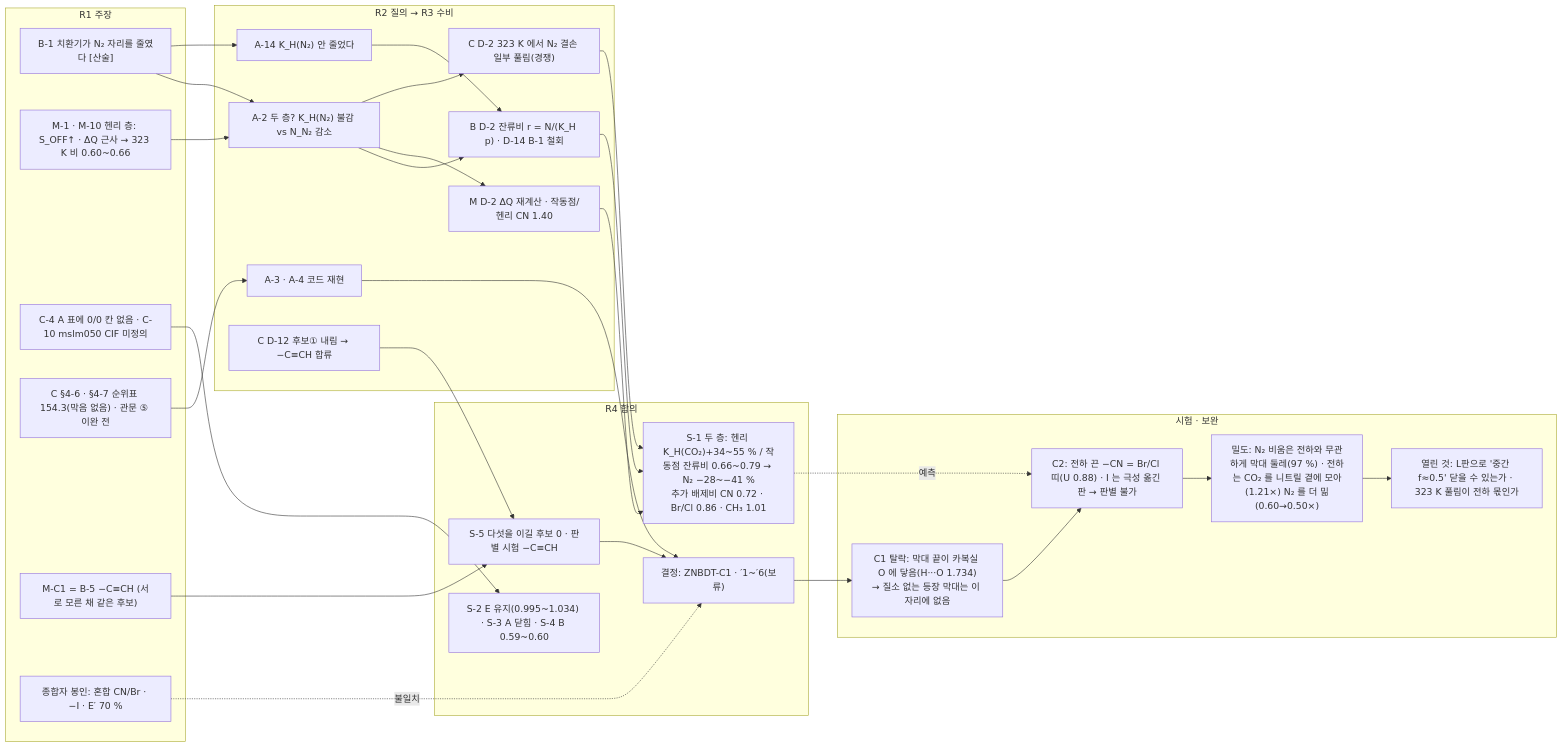
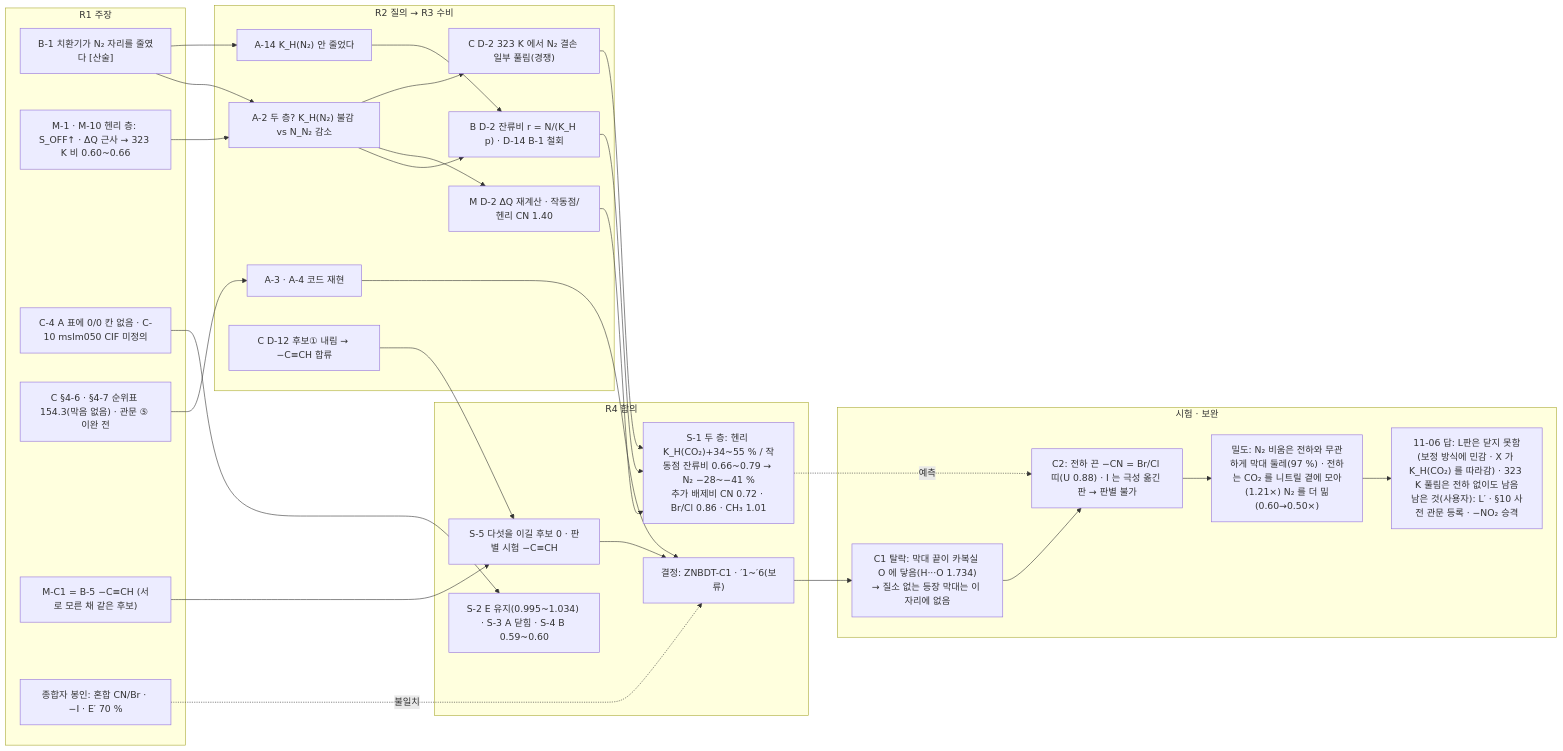
The second of 2 diagrams in 21_ZIF69_MTV/MAGI/MAGI-007_obsidian/graph/FLOW.md (mangwon3-commits/Czero_mtv_mof), drawn with Mermaid before and after one commit. The commit also changed other lines of this file and 10 other files, not shown here.

````diff
--- a/21_ZIF69_MTV/MAGI/MAGI-007_obsidian/graph/FLOW.md
+++ b/21_ZIF69_MTV/MAGI/MAGI-007_obsidian/graph/FLOW.md
@@ -43,43 +43,43 @@
 ```mermaid
 flowchart LR
   subgraph R1 ["R1 주장"]
     B1["B-1 치환기가 N₂ 자리를 줄였다 [산술]"]
     M1["M-1 · M-10 헨리 층: S_OFF↑ · ΔQ 근사 → 323 K 비 0.60~0.66"]
     C1a["C-4 A 표에 0/0 칸 없음 · C-10 mslm050 CIF 미정의"]
     C3["C §4-6 · §4-7 순위표 154.3(막음 없음) · 관문 ⑤ 이완 전"]
     MC1["M-C1 = B-5 −C≡CH (서로 모른 채 같은 후보)"]
     SYN["종합자 봉인: 혼합 CN/Br · −I · E′ 70 %"]
   end
   subgraph R2R3 ["R2 질의 → R3 수비"]
     A2["A-2 두 층? K_H(N₂) 불감 vs N_N₂ 감소"]
     A14["A-14 K_H(N₂) 안 줄었다"]
     A3["A-3 · A-4 코드 재현"]
     D2M["M D-2 ΔQ 재계산 · 작동점/헨리 CN 1.40"]
     D2B["B D-2 잔류비 r = N/(K_H p) · D-14 B-1 철회"]
     D2C["C D-2 323 K 에서 N₂ 결손 일부 풀림(경쟁)"]
     D12["C D-12 후보① 내림 → −C≡CH 합류"]
   end
   subgraph R4 ["R4 합의"]
     S1["S-1 두 층: 헨리 K_H(CO₂)+34~55 % / 작동점 잔류비 0.66~0.79 → N₂ −28~−41 %<br/>추가 배제비 CN 0.72 · Br/Cl 0.86 · CH₃ 1.01"]
     S5["S-5 다섯을 이길 후보 0 · 판별 시험 −C≡CH"]
     S23["S-2 E 유지(0.995~1.034) · S-3 A 닫힘 · S-4 B 0.59~0.60"]
     DEC["결정: ZNBDT-C1 · ′1~′6(보류)"]
   end
   subgraph TEST ["시험 · 보완"]
     C1t["C1 탈락: 막대 끝이 카복실 O 에 닿음(H···O 1.734)<br/>→ 질소 없는 등장 막대는 이 자리에 없음"]
     C2t["C2: 전하 끈 −CN = Br/Cl 띠(U 0.88) · I 는 극성 옮긴 판 → 판별 불가"]
     F1t["밀도: N₂ 비움은 전하와 무관하게 막대 둘레(97 %) · 전하는 CO₂ 를 니트릴 곁에 모아(1.21×) N₂ 를 더 밂(0.60→0.50×)"]
-    OPEN2["열린 것: L판으로 '중간 f≈0.5' 닫을 수 있는가 · 323 K 풀림이 전하 몫인가"]
+    OPEN2["11-06 답: L판은 닫지 못함(보정 방식에 민감 · X 가 K_H(CO₂) 를 따라감) · 323 K 풀림은 전하 없이도 남음<br/>남은 것(사용자): L′ · §10 사전 관문 등록 · −NO₂ 승격"]
   end
   B1 --> A2 --> D2B --> S1
   B1 --> A14 --> D2B
   M1 --> A2 --> D2M --> S1
   A2 --> D2C --> S1
   C3 --> A3 --> DEC
   C1a --> S23
   MC1 --> S5 --> DEC --> C1t
   SYN -.불일치.-> DEC
   D12 --> S5
   C1t --> C2t --> F1t --> OPEN2
   S1 -.예측.-> C2t
 ```
````
